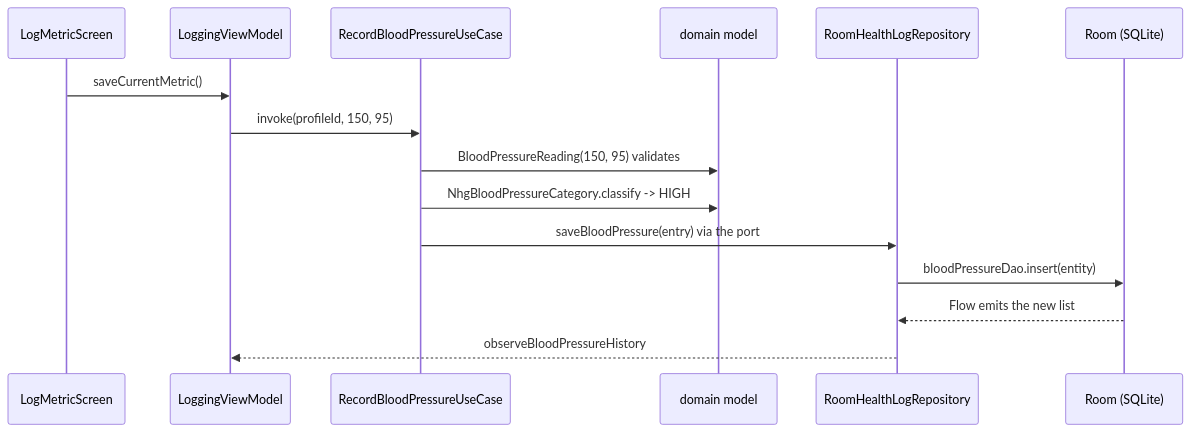
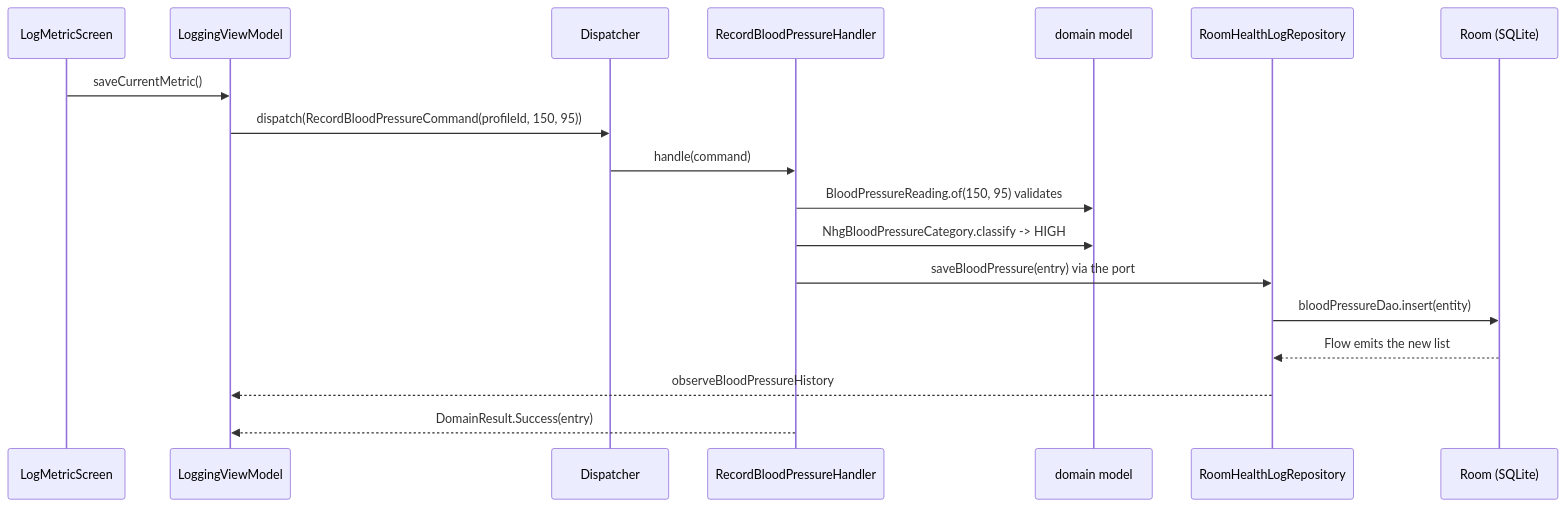
Before and after one commit to mannetje/health_journal: the diagram in docs/dev/life-of-an-entry.md, drawn with Mermaid. The commit also changed other lines of this file and 214 other files, not shown here.

First line of the commit message:
refactor: segregated ports, command dispatcher, typed domain errors and bounded contexts

````diff
--- a/docs/dev/life-of-an-entry.md
+++ b/docs/dev/life-of-an-entry.md
@@ -7,18 +7,21 @@
 ```mermaid
 sequenceDiagram
     participant S as LogMetricScreen
     participant V as LoggingViewModel
-    participant U as RecordBloodPressureUseCase
+    participant P as Dispatcher
+    participant U as RecordBloodPressureHandler
     participant D as domain model
     participant R as RoomHealthLogRepository
     participant DB as Room (SQLite)
 
     S->>V: saveCurrentMetric()
-    V->>U: invoke(profileId, 150, 95)
-    U->>D: BloodPressureReading(150, 95) validates
+    V->>P: dispatch(RecordBloodPressureCommand(profileId, 150, 95))
+    P->>U: handle(command)
+    U->>D: BloodPressureReading.of(150, 95) validates
     U->>D: NhgBloodPressureCategory.classify -> HIGH
     U->>R: saveBloodPressure(entry) via the port
     R->>DB: bloodPressureDao.insert(entity)
     DB-->>R: Flow emits the new list
     R-->>V: observeBloodPressureHistory
+    U-->>V: DomainResult.Success(entry)
 ```
````
